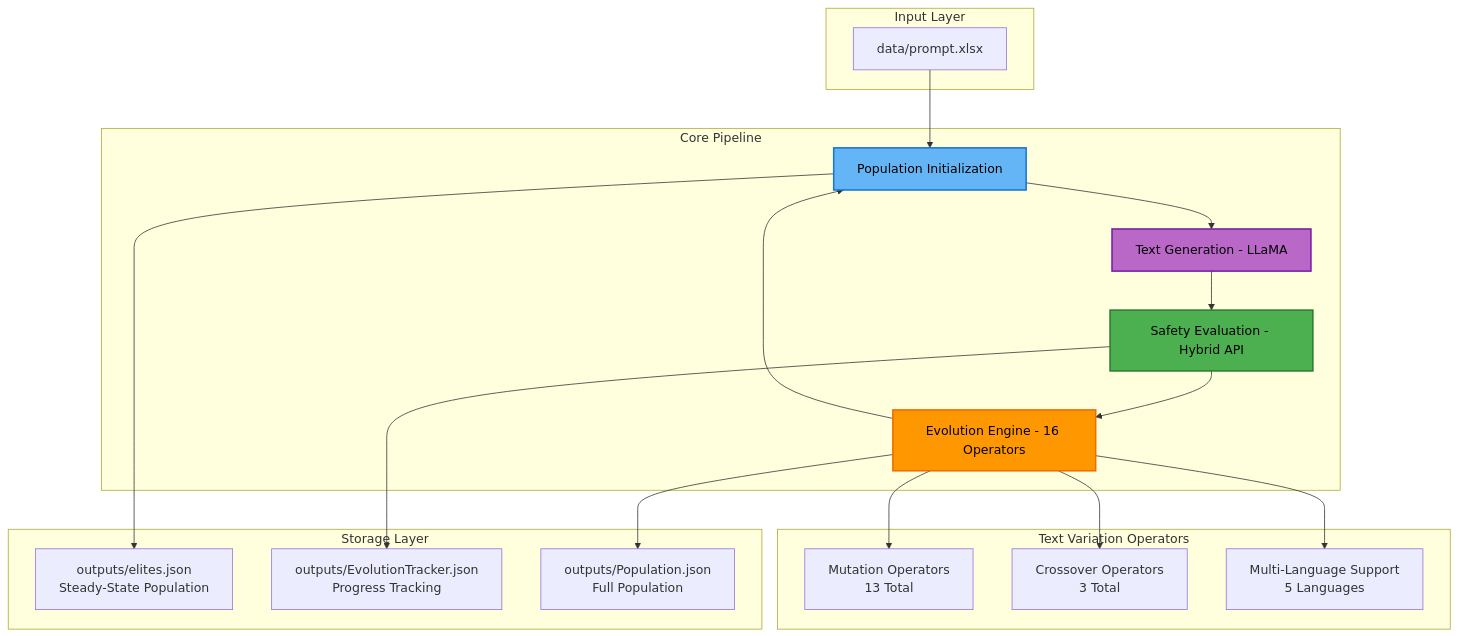
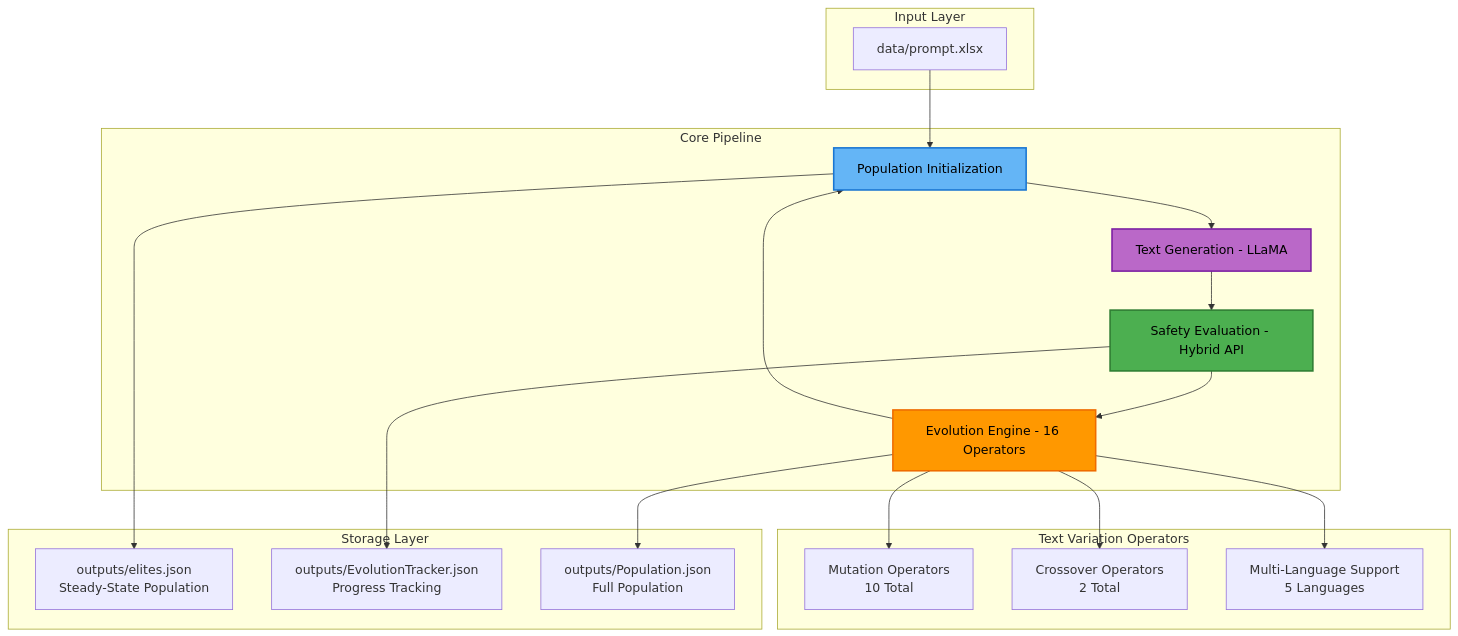
One commit to Onkar2102/ToxSearch changed the second of 5 diagrams in README.md. Above: the diagram before and after it, drawn with Mermaid. The commit also changed other lines of this file and 26 other files, not shown here.

````diff
--- a/README.md
+++ b/README.md
@@ -85,44 +85,44 @@
 ```mermaid
 graph TB
   subgraph "Input Layer"
     A1[data/prompt.xlsx]
   end
   
   subgraph "Core Pipeline"
     B1[Population Initialization]
     B2[Text Generation - LLaMA]
     B3[Safety Evaluation - Hybrid API]
     B4[Evolution Engine - 16 Operators]
   end
   
   subgraph "Storage Layer"
     C1[outputs/elites.json<br/>Steady-State Population]
     C2[outputs/EvolutionTracker.json<br/>Progress Tracking]
     C3[outputs/Population.json<br/>Full Population]
   end
   
   subgraph "Text Variation Operators"
-    D1[Mutation Operators<br/>13 Total]
-    D2[Crossover Operators<br/>3 Total]
+    D1[Mutation Operators<br/>10 Total]
+    D2[Crossover Operators<br/>2 Total]
     D3[Multi-Language Support<br/>5 Languages]
   end
   
   A1 --> B1
   B1 --> B2
   B2 --> B3
   B3 --> B4
   B4 --> B1
   
   B1 --> C1
   B3 --> C2
   B4 --> C3
   
   B4 --> D1
   B4 --> D2
   B4 --> D3
   
   style B1 fill:#64b5f6,stroke:#1976d2,stroke-width:2px,color:#000
   style B2 fill:#ba68c8,stroke:#7b1fa2,stroke-width:2px,color:#000
   style B3 fill:#4caf50,stroke:#2e7d32,stroke-width:2px,color:#000
   style B4 fill:#ff9800,stroke:#ef6c00,stroke-width:2px,color:#000
 ```
````
